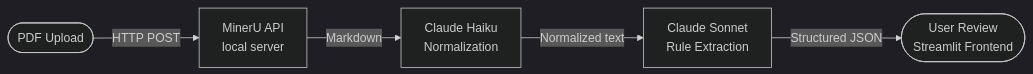
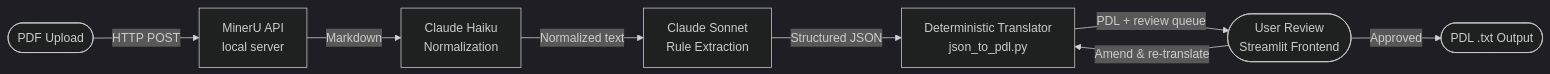
The diagram in README.md (anqtruong/auto-process-parser), drawn with Mermaid (dark theme) before and after one commit. The commit also changed other lines of this file, not shown here.

Commit message:
docs: expand tech stack, add install steps, extend pipeline diagram

````diff
--- a/README.md
+++ b/README.md
@@ -10,7 +10,10 @@
 ```mermaid
 flowchart LR
     A([PDF Upload]) -->|HTTP POST| B[MinerU API\nlocal server]
     B -->|Markdown| C[Claude Haiku\nNormalization]
     C -->|Normalized text| D[Claude Sonnet\nRule Extraction]
-    D -->|Structured JSON| E([User Review\nStreamlit Frontend])
+    D -->|Structured JSON| E[Deterministic Translator\njson_to_pdl.py]
+    E -->|PDL + review queue| F([User Review\nStreamlit Frontend])
+    F -->|Amend & re-translate| E
+    F -->|Approved| G([PDL .txt Output])
 ```
````
